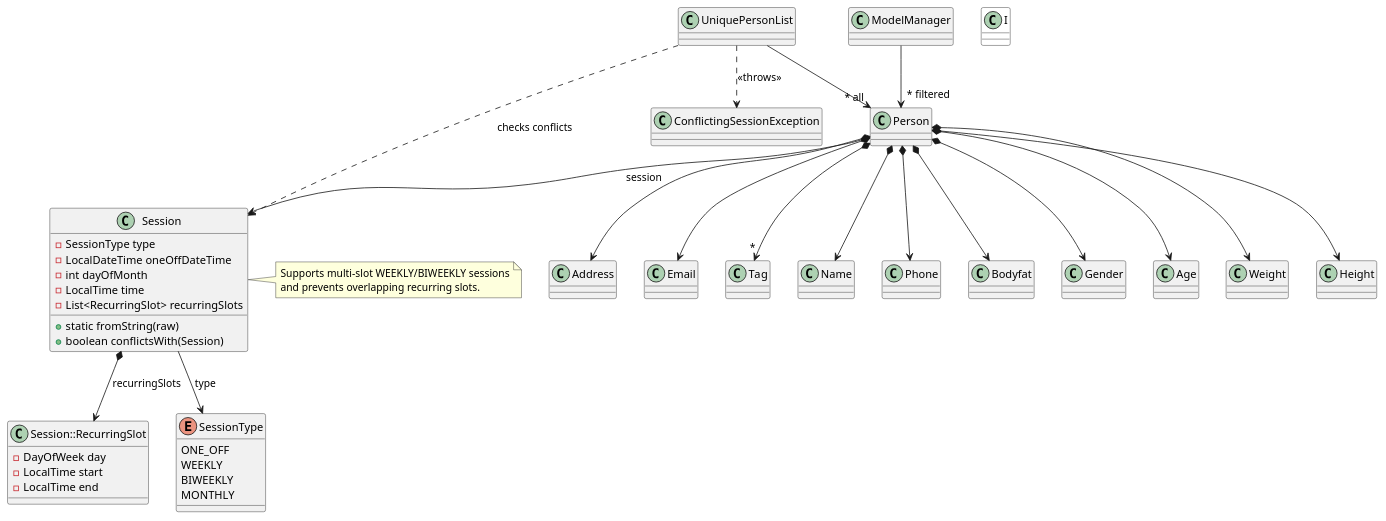
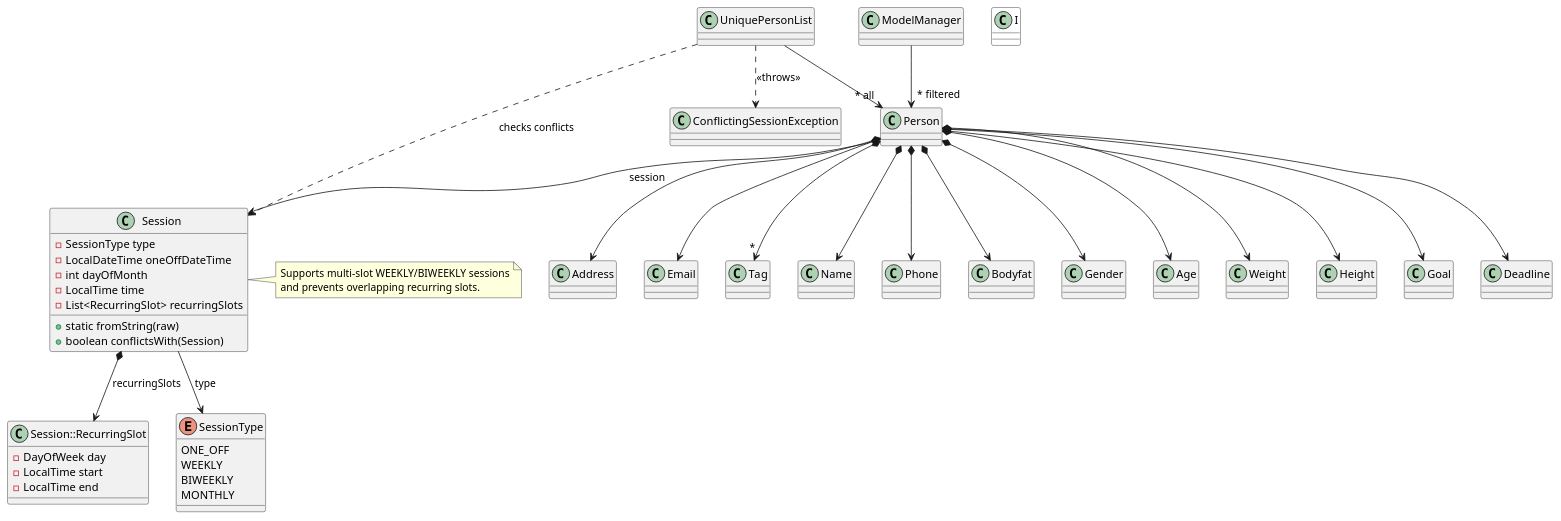
The diagram in docs/diagrams/ModelClassDiagram.puml (darisusu/tp), drawn with PlantUML before and after one commit.

Commit message:
Update ModelClassDiagram with missing classes for Person

```diff
--- a/docs/diagrams/ModelClassDiagram.puml
+++ b/docs/diagrams/ModelClassDiagram.puml
@@ -1,57 +1,59 @@
 @startuml
 
 Class Tag
 
 Class Session {
     -SessionType type
     -LocalDateTime oneOffDateTime
     -int dayOfMonth
     -LocalTime time
     -List<RecurringSlot> recurringSlots
     +static fromString(raw)
     +boolean conflictsWith(Session)
 }
 
 Class "Session::RecurringSlot" as SessionRecurringSlot {
     -DayOfWeek day
     -LocalTime start
     -LocalTime end
 }
 
 Enum SessionType {
     ONE_OFF
     WEEKLY
     BIWEEKLY
     MONTHLY
 }
 
 Class ConflictingSessionException
 
 Class I #FFFFFF
 
 UniquePersonList --> "~* all" Person
 UniquePersonList ..> Session : checks conflicts
 UniquePersonList ..> ConflictingSessionException : <<throws>>
 Person *--> Name
 Person *--> Phone
 Person *--> Email
 Person *--> Address
 Person *--> Bodyfat
 Person *--> Gender
 Person *--> Age
 Person *--> Weight
 Person *--> Height
+Person *--> Goal
+Person *--> Deadline
 Person *--> "*" Tag
 Person *--> Session : session
 Session *--> SessionRecurringSlot : recurringSlots
 Session --> SessionType : type
 
 Address -[hidden]right-> Email
 
 note right of Session
   Supports multi-slot WEEKLY/BIWEEKLY sessions
   and prevents overlapping recurring slots.
 end note
 
 ModelManager --> "~* filtered" Person
 @enduml
```
